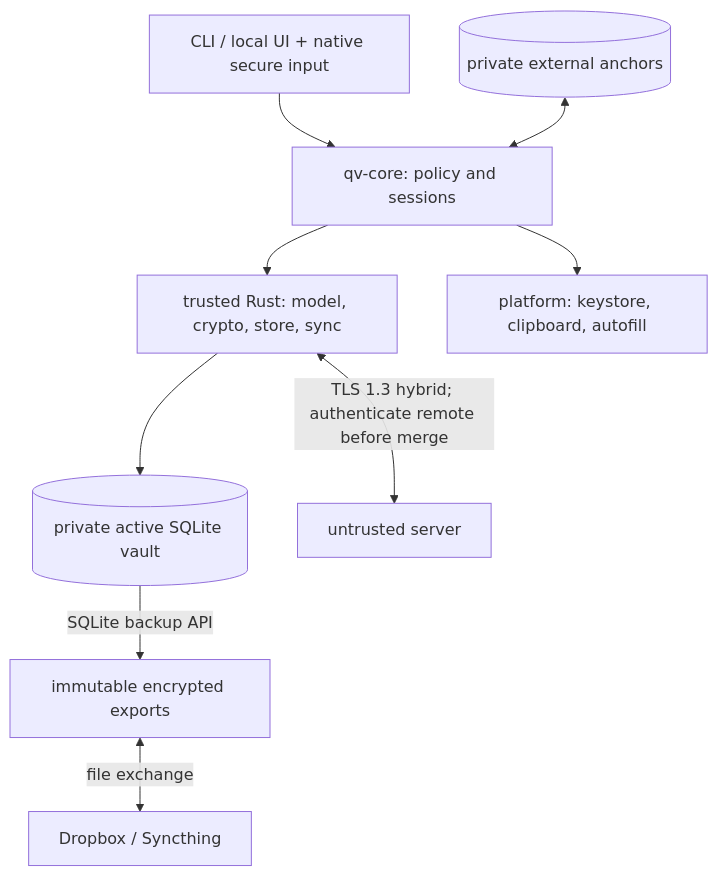
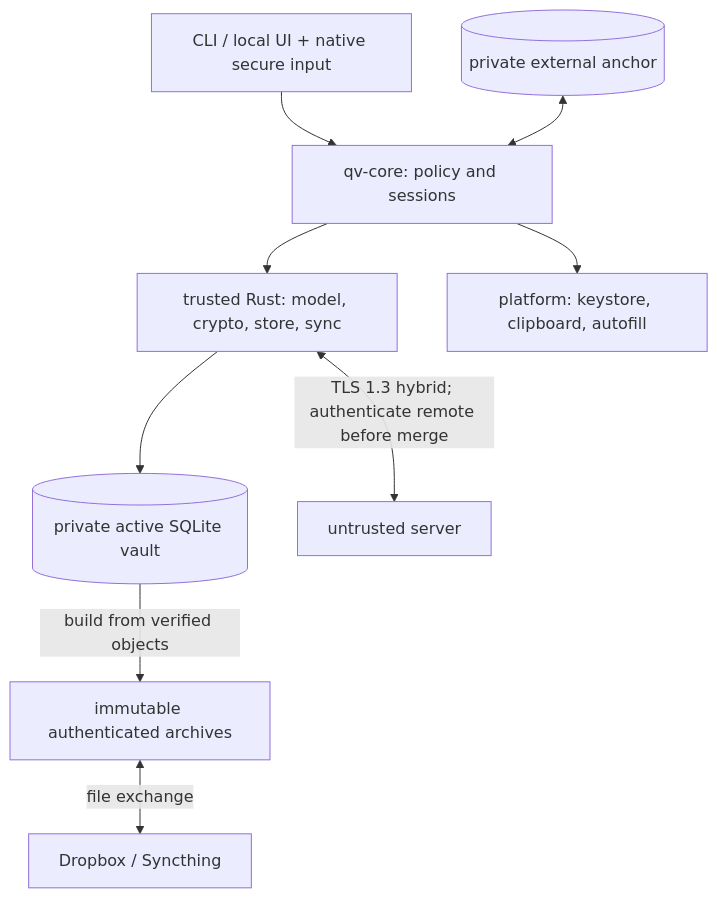
Before and after one commit to rdbo/quickvault: the diagram in ARCHITECTURE.md, drawn with Mermaid. The commit also changed other lines of this file and 12 other files, not shown here.

````diff
--- a/ARCHITECTURE.md
+++ b/ARCHITECTURE.md
@@ -73,11 +77,11 @@
 ```mermaid
 flowchart TB
     ui["CLI / local UI + native secure input"] --> core["qv-core: policy and sessions"]
     core --> rust["trusted Rust: model, crypto, store, sync"]
     core --> platform["platform: keystore, clipboard, autofill"]
     rust --> db[("private active SQLite vault")]
-    db -->|"SQLite backup API"| snapshot["immutable encrypted exports"]
+    db -->|"build from verified objects"| snapshot["immutable authenticated archives"]
     snapshot <-->|"file exchange"| files["Dropbox / Syncthing"]
     rust <-->|"TLS 1.3 hybrid; authenticate remote before merge"| server["untrusted server"]
-    anchor[("private external anchors")] <--> core
+    anchor[("private external anchor")] <--> core
 ```
````
